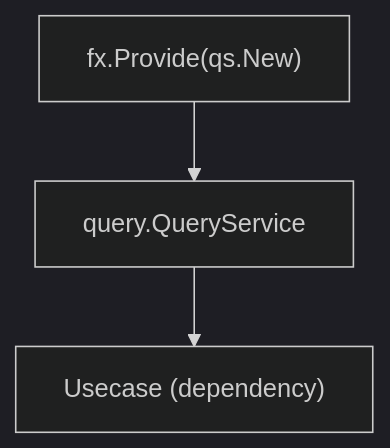
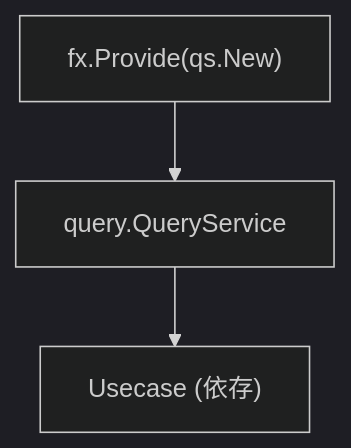
One commit to Tomy-ch/go-boilerplate changed the sixth of 6 diagrams in internal/infrastructure/rdb/query_service/README.md. Above: the diagram before and after it, drawn with Mermaid (dark theme). The commit also changed other lines of this file and 970 other files, not shown here.

````diff
--- a/internal/infrastructure/rdb/query_service/README.md
+++ b/internal/infrastructure/rdb/query_service/README.md
@@ -374,8 +375,8 @@
 ```mermaid
 flowchart TB
     Provide["fx.Provide(<aggregate>qs.New)"]
     IF["query.<Aggregate>QueryService"]
-    Usecase["Usecase (dependency)"]
+    Usecase["Usecase (依存)"]
 
     Provide --> IF --> Usecase
 ```
````
